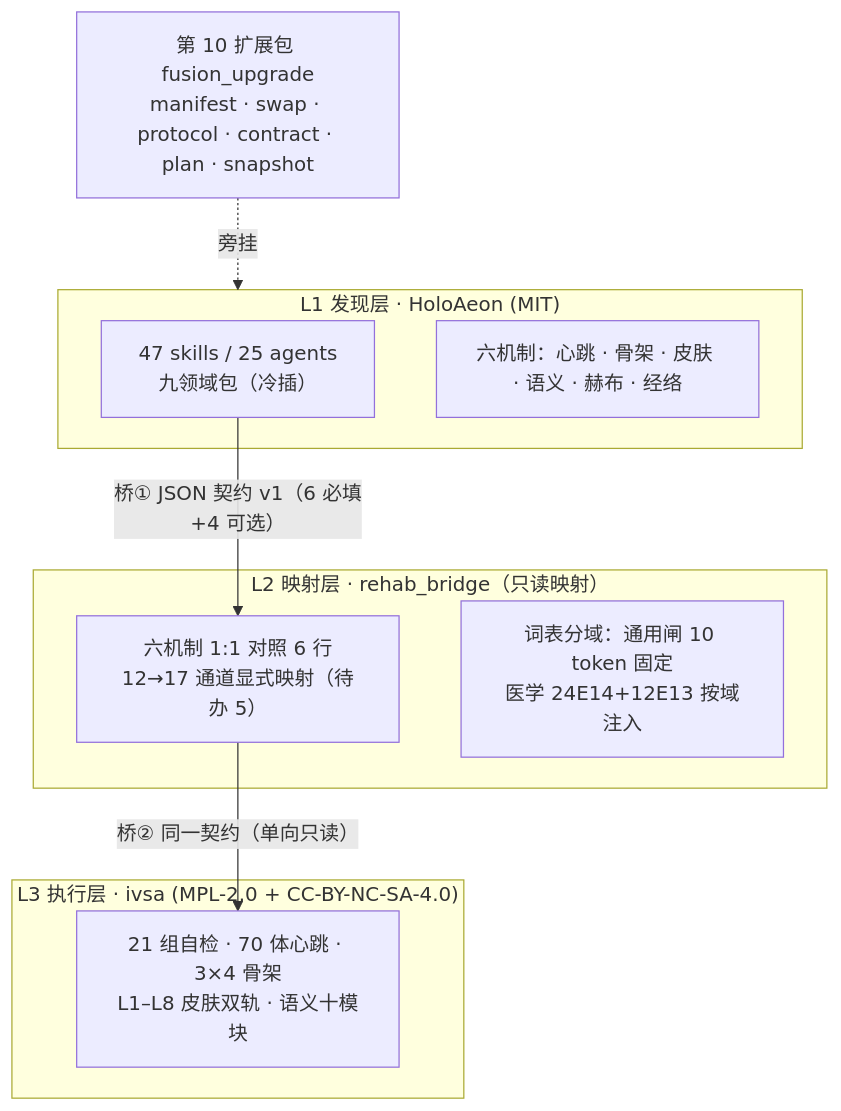
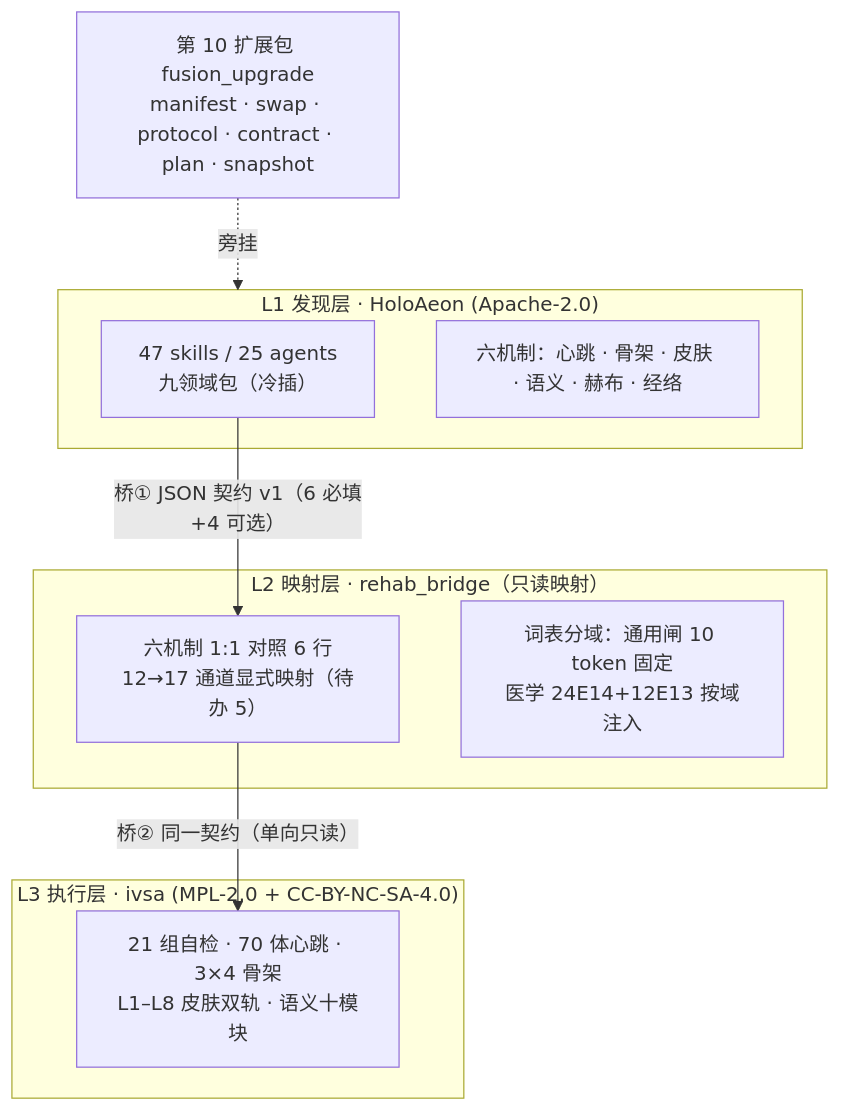
Before and after one commit to weideyouni/holoaeon: the diagram in README_FUSION_V4_20261102.md, drawn with Mermaid. The commit also changed other lines of this file and 19 other files, not shown here.

````diff
--- a/README_FUSION_V4_20261102.md
+++ b/README_FUSION_V4_20261102.md
@@ -60,18 +60,18 @@
 ```mermaid
 flowchart TB
-  subgraph L1["L1 发现层 · HoloAeon (MIT)"]
+  subgraph L1["L1 发现层 · HoloAeon (Apache-2.0)"]
     A["47 skills / 25 agents<br/>九领域包（冷插）"]
     M["六机制：心跳 · 骨架 · 皮肤 · 语义 · 赫布 · 经络"]
   end
   subgraph L2["L2 映射层 · rehab_bridge（只读映射）"]
     B["六机制 1:1 对照 6 行<br/>12→17 通道显式映射（待办 5）"]
     V["词表分域：通用闸 10 token 固定<br/>医学 24E14+12E13 按域注入"]
   end
   subgraph L3["L3 执行层 · ivsa (MPL-2.0 + CC-BY-NC-SA-4.0)"]
     C["21 组自检 · 70 体心跳 · 3×4 骨架<br/>L1–L8 皮肤双轨 · 语义十模块"]
   end
   A -->|"桥① JSON 契约 v1（6 必填+4 可选）"| B
   B -->|"桥② 同一契约（单向只读）"| C
   D["第 10 扩展包 fusion_upgrade<br/>manifest · swap · protocol · contract · plan · snapshot"]
   D -.旁挂.-> L1
 ```
````
